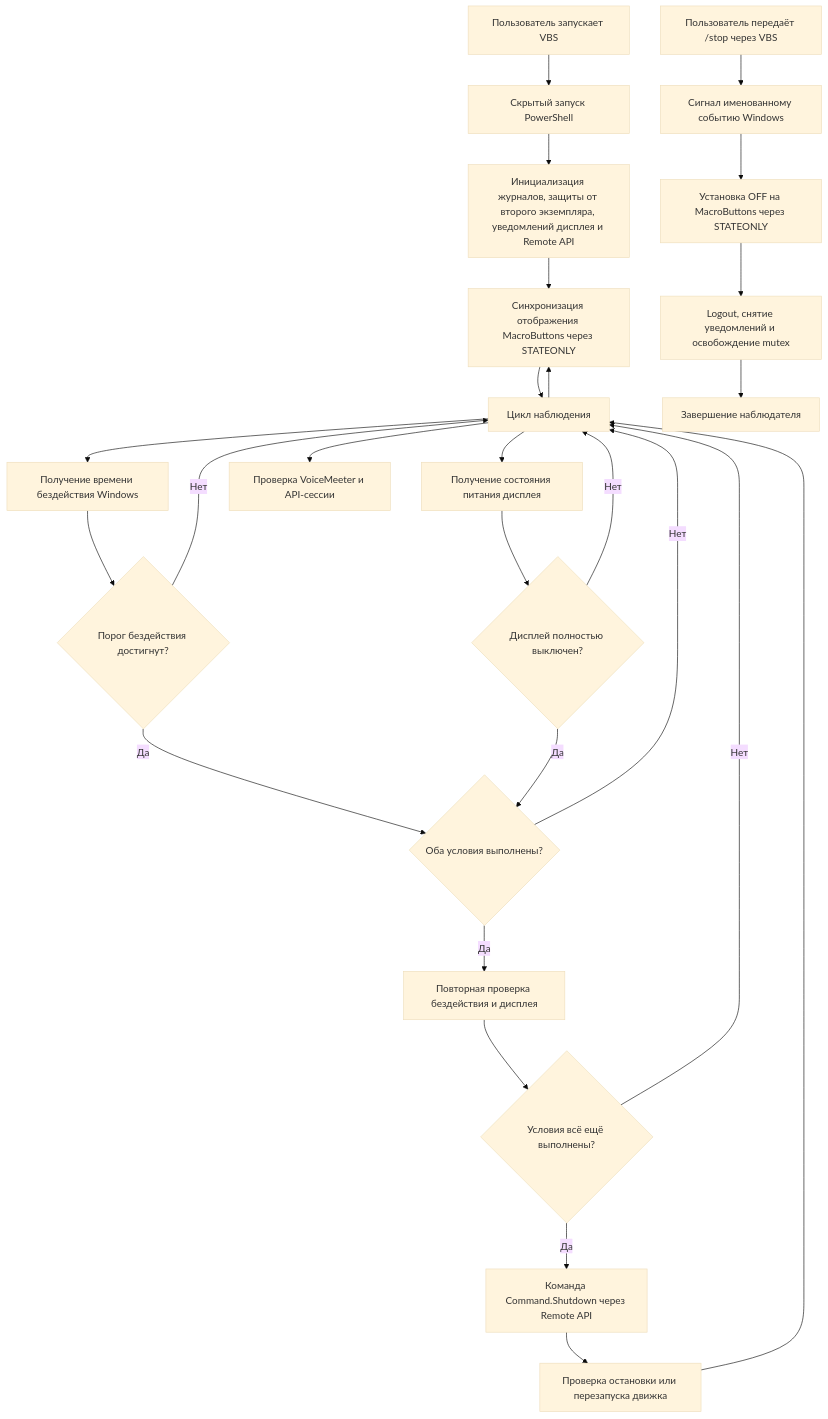
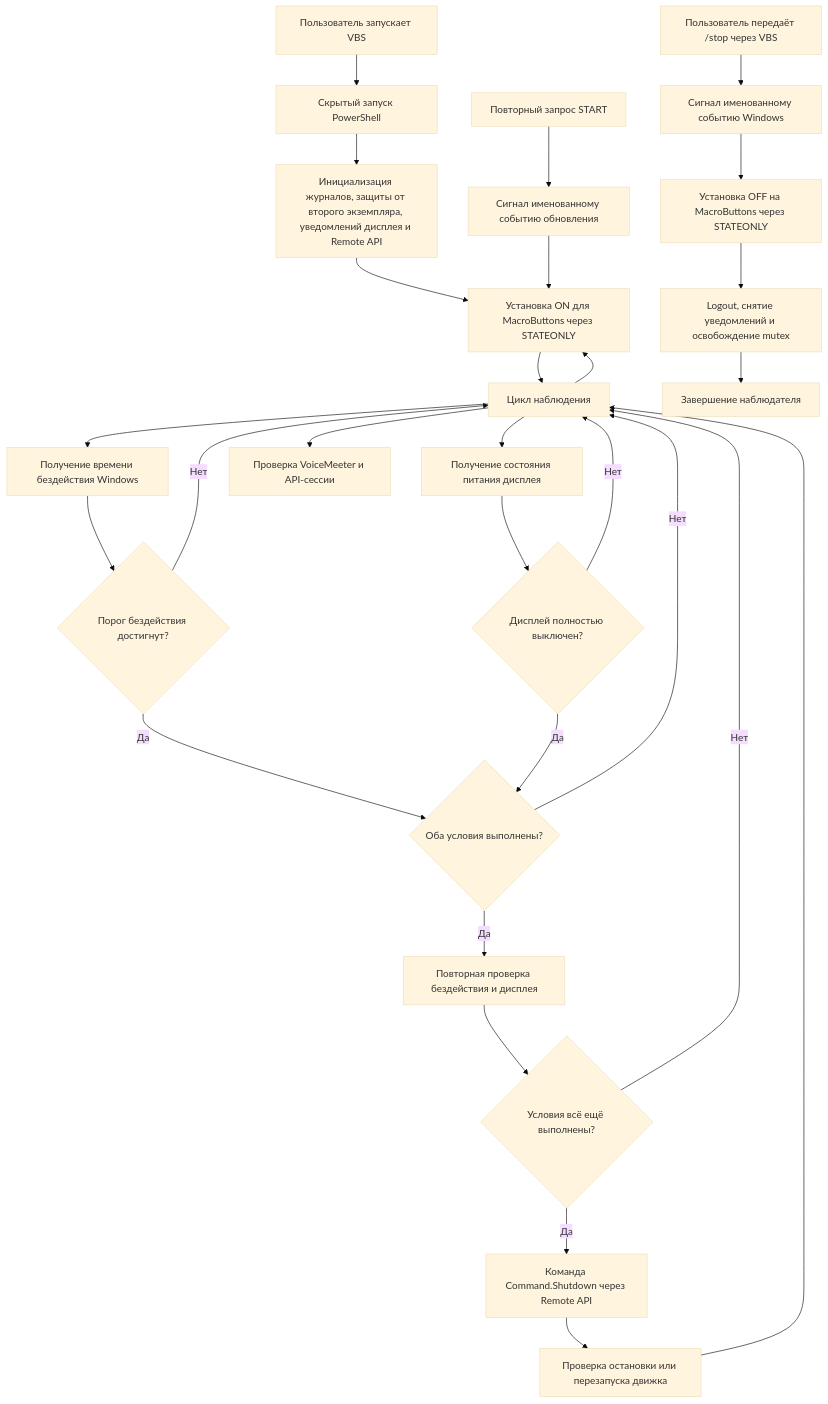
Before and after one commit to AnAllegory/VoiceMeeter-IdleWatcher: the second of 2 diagrams in ARCHITECTURE.md, drawn with Mermaid (base theme). The commit also changed other lines of this file and 6 other files, not shown here.

Commit message:
Simplify MacroButtons sync and refresh on repeated Start

````diff
--- a/ARCHITECTURE.md
+++ b/ARCHITECTURE.md
@@ -78,32 +80,34 @@
 ```mermaid
 flowchart TD
     A[Пользователь запускает VBS] --> B[Скрытый запуск PowerShell]
     B --> C[Инициализация журналов, защиты от второго экземпляра, уведомлений дисплея и Remote API]
-    C --> MB[Синхронизация отображения MacroButtons через STATEONLY]
+    C --> MB[Установка ON для MacroButtons через STATEONLY]
     MB --> D[Цикл наблюдения]
     D --> MB
 
     D --> E[Получение времени бездействия Windows]
     D --> F[Получение состояния питания дисплея]
     D --> G[Проверка VoiceMeeter и API-сессии]
 
     E --> H{Порог бездействия достигнут?}
     F --> I{Дисплей полностью выключен?}
     H -->|Нет| D
     I -->|Нет| D
     H -->|Да| J{Оба условия выполнены?}
     I -->|Да| J
 
     J -->|Нет| D
     J -->|Да| K[Повторная проверка бездействия и дисплея]
     K --> L{Условия всё ещё выполнены?}
     L -->|Нет| D
     L -->|Да| M[Команда Command.Shutdown через Remote API]
     M --> N[Проверка остановки или перезапуска движка]
     N --> D
 
     P[Пользователь передаёт /stop через VBS] --> Q[Сигнал именованному событию Windows]
     Q --> O[Установка OFF на MacroButtons через STATEONLY]
+    T[Повторный запрос START] --> U[Сигнал именованному событию обновления]
+    U --> MB
     O --> R[Logout, снятие уведомлений и освобождение mutex]
     R --> S[Завершение наблюдателя]
 ```
````
